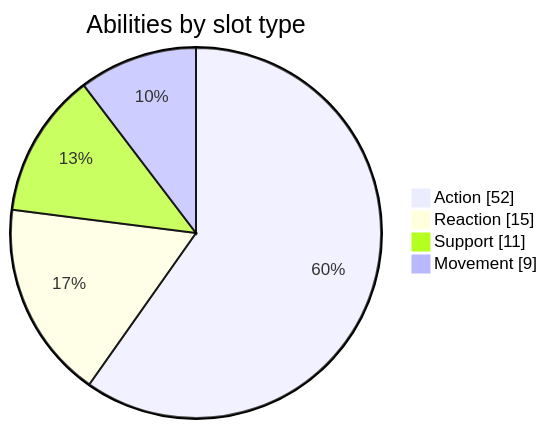
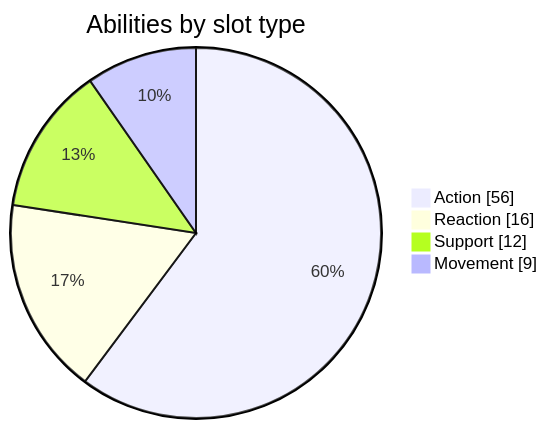
One commit to CptNope/Chess-RPG-Tactics changed the second of 4 diagrams in docs/CONTENT_REFERENCE.md. Above: the diagram before and after it, drawn with Mermaid. The commit also changed other lines of this file and 35 other files, not shown here.

````diff
--- a/docs/CONTENT_REFERENCE.md
+++ b/docs/CONTENT_REFERENCE.md
@@ -96,7 +99,7 @@
 ```mermaid
 pie showData title Abilities by slot type
-  "Action" : 52
-  "Reaction" : 15
-  "Support" : 11
+  "Action" : 56
+  "Reaction" : 16
+  "Support" : 12
   "Movement" : 9
 ```
````
